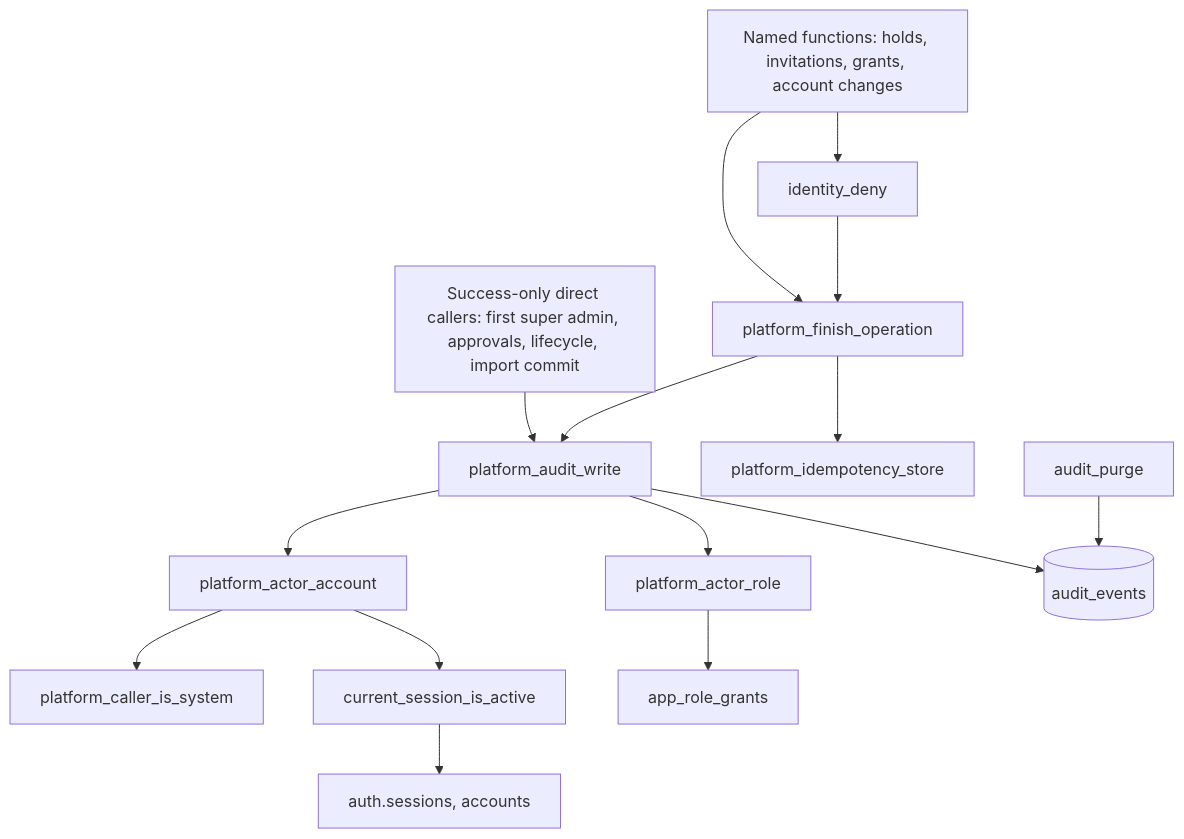
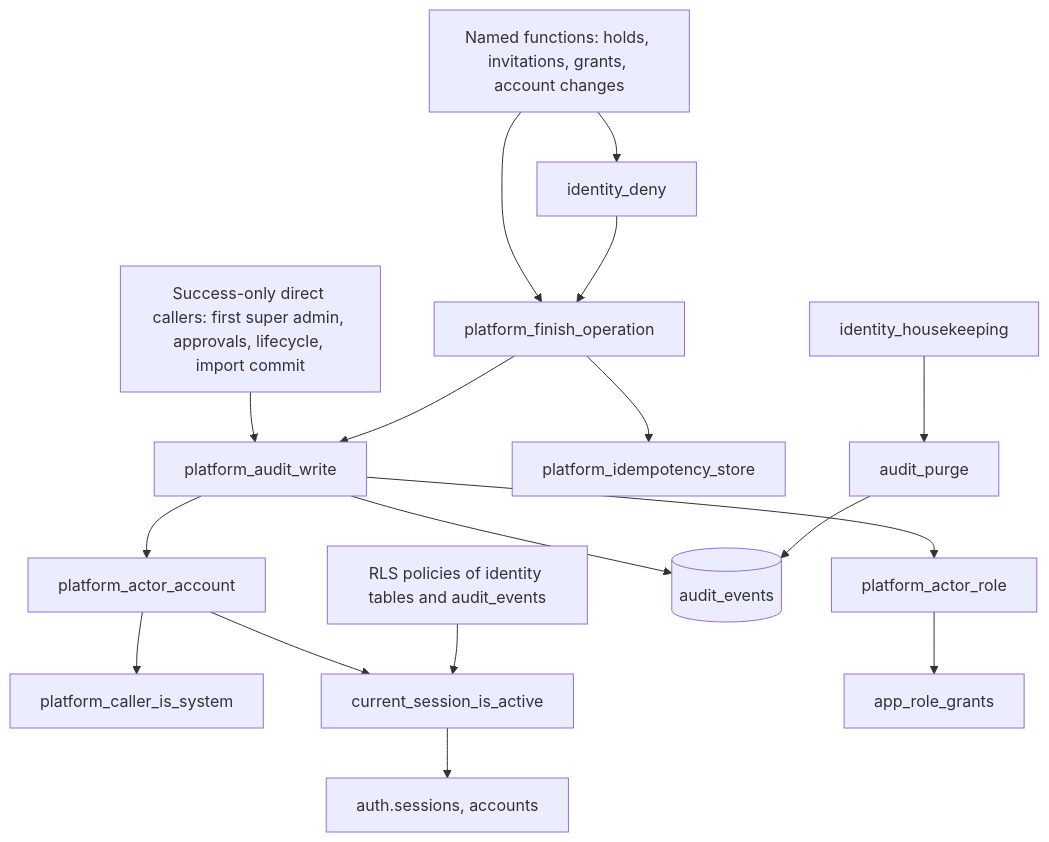
One commit to bbotond83/waldorf-community-task-manager changed the third of 3 diagrams in aidlc/spaces/default/codekb/waldorf-community-task-manager/dependencies.md. Above: the diagram before and after it, drawn with Mermaid. The commit also changed other lines of this file and 41 other files, not shown here.

````diff
--- a/aidlc/spaces/default/codekb/waldorf-community-task-manager/dependencies.md
+++ b/aidlc/spaces/default/codekb/waldorf-community-task-manager/dependencies.md
@@ -32,17 +56,19 @@
 ```mermaid
 flowchart TB
   Callers["Named functions: holds, invitations, grants, account changes"] --> Finish["platform_finish_operation"]
   Callers --> Deny["identity_deny"]
   Deny --> Finish
   Direct["Success-only direct callers: first super admin, approvals, lifecycle, import commit"] --> Write["platform_audit_write"]
   Finish --> Write
   Finish --> Store["platform_idempotency_store"]
   Write --> Account["platform_actor_account"]
   Write --> Role["platform_actor_role"]
   Account --> System["platform_caller_is_system"]
   Account --> Active["current_session_is_active"]
   Active --> Auth["auth.sessions, accounts"]
   Role --> Grants["app_role_grants"]
   Write --> Table[("audit_events")]
   Purge["audit_purge"] --> Table
+  House["identity_housekeeping"] --> Purge
+  Policies["RLS policies of identity tables and audit_events"] --> Active
 ```
````
